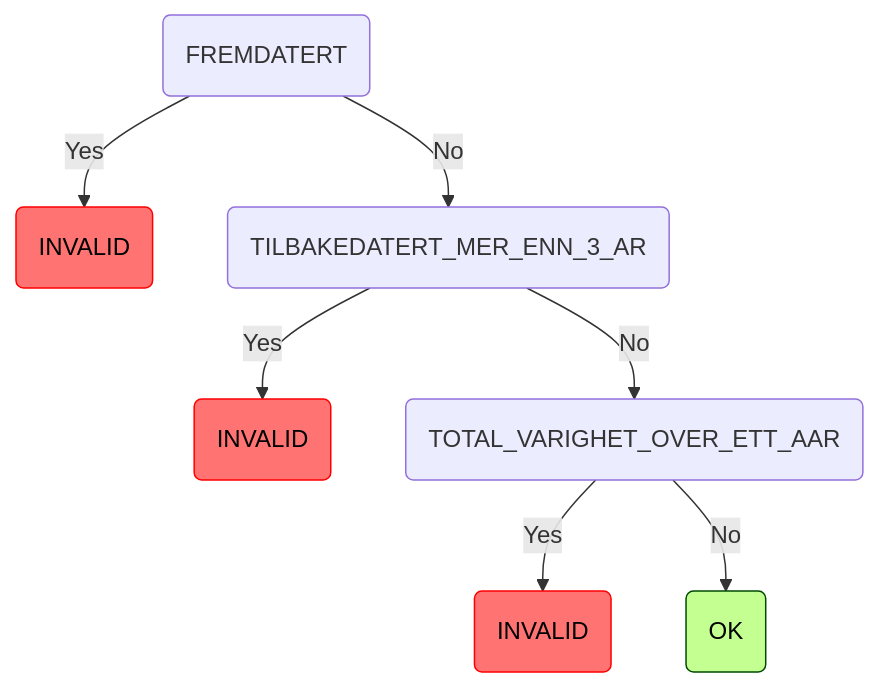
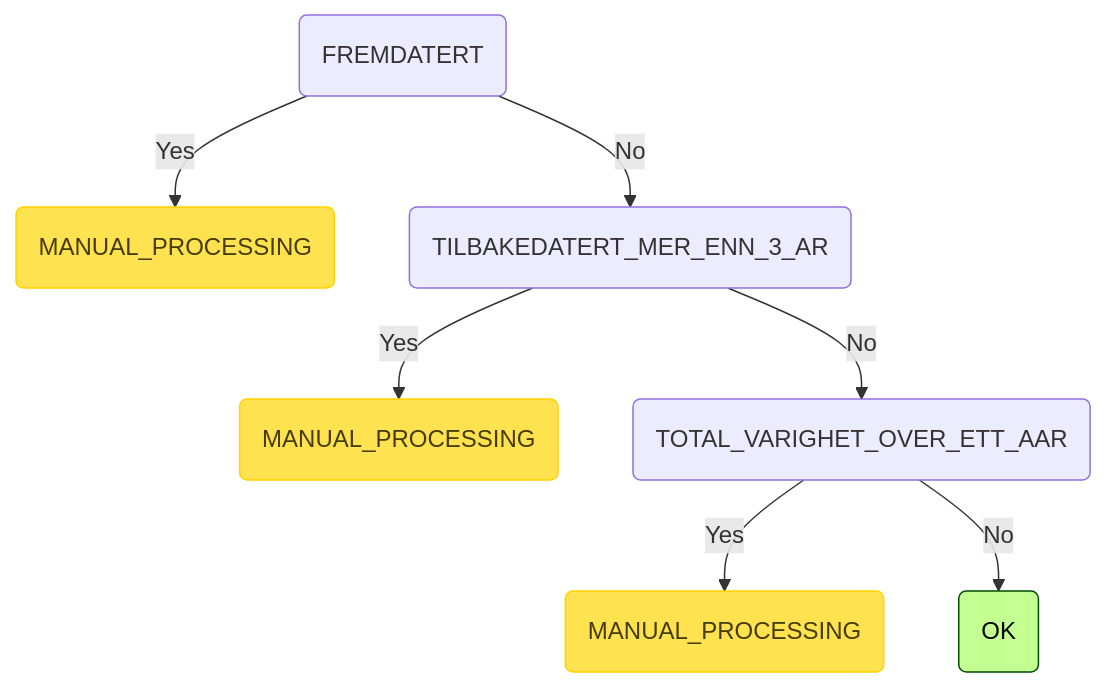
The eighth of 10 diagrams in README.md (navikt/syfosmpapirregler), drawn with Mermaid before and after one commit. The commit also changed other lines of this file and 8 other files, not shown here.

Commit message:
Change from status INVALID to MANUAL_PROCESSING

````diff
--- a/README.md
+++ b/README.md
@@ -137,12 +137,12 @@
 ```mermaid
 graph TD
-    root(FREMDATERT) -->|Yes| root_FREMDATERT_INVALID(INVALID):::invalid
+    root(FREMDATERT) -->|Yes| root_FREMDATERT_MANUAL_PROCESSING(MANUAL_PROCESSING):::manuell
     root(FREMDATERT) -->|No| root_FREMDATERT_TILBAKEDATERT_MER_ENN_3_AR(TILBAKEDATERT_MER_ENN_3_AR)
-    root_FREMDATERT_TILBAKEDATERT_MER_ENN_3_AR(TILBAKEDATERT_MER_ENN_3_AR) -->|Yes| root_FREMDATERT_TILBAKEDATERT_MER_ENN_3_AR_INVALID(INVALID):::invalid
+    root_FREMDATERT_TILBAKEDATERT_MER_ENN_3_AR(TILBAKEDATERT_MER_ENN_3_AR) -->|Yes| root_FREMDATERT_TILBAKEDATERT_MER_ENN_3_AR_MANUAL_PROCESSING(MANUAL_PROCESSING):::manuell
     root_FREMDATERT_TILBAKEDATERT_MER_ENN_3_AR(TILBAKEDATERT_MER_ENN_3_AR) -->|No| root_FREMDATERT_TILBAKEDATERT_MER_ENN_3_AR_TOTAL_VARIGHET_OVER_ETT_AAR(TOTAL_VARIGHET_OVER_ETT_AAR)
-    root_FREMDATERT_TILBAKEDATERT_MER_ENN_3_AR_TOTAL_VARIGHET_OVER_ETT_AAR(TOTAL_VARIGHET_OVER_ETT_AAR) -->|Yes| root_FREMDATERT_TILBAKEDATERT_MER_ENN_3_AR_TOTAL_VARIGHET_OVER_ETT_AAR_INVALID(INVALID):::invalid
+    root_FREMDATERT_TILBAKEDATERT_MER_ENN_3_AR_TOTAL_VARIGHET_OVER_ETT_AAR(TOTAL_VARIGHET_OVER_ETT_AAR) -->|Yes| root_FREMDATERT_TILBAKEDATERT_MER_ENN_3_AR_TOTAL_VARIGHET_OVER_ETT_AAR_MANUAL_PROCESSING(MANUAL_PROCESSING):::manuell
     root_FREMDATERT_TILBAKEDATERT_MER_ENN_3_AR_TOTAL_VARIGHET_OVER_ETT_AAR(TOTAL_VARIGHET_OVER_ETT_AAR) -->|No| root_FREMDATERT_TILBAKEDATERT_MER_ENN_3_AR_TOTAL_VARIGHET_OVER_ETT_AAR_OK(OK):::ok
     classDef ok fill:#c3ff91,stroke:#004a00,color: black;
     classDef invalid fill:#ff7373,stroke:#ff0000,color: black;
     classDef manuell fill:#ffe24f,stroke:#ffd500,color: #473c00;
 ```
````
